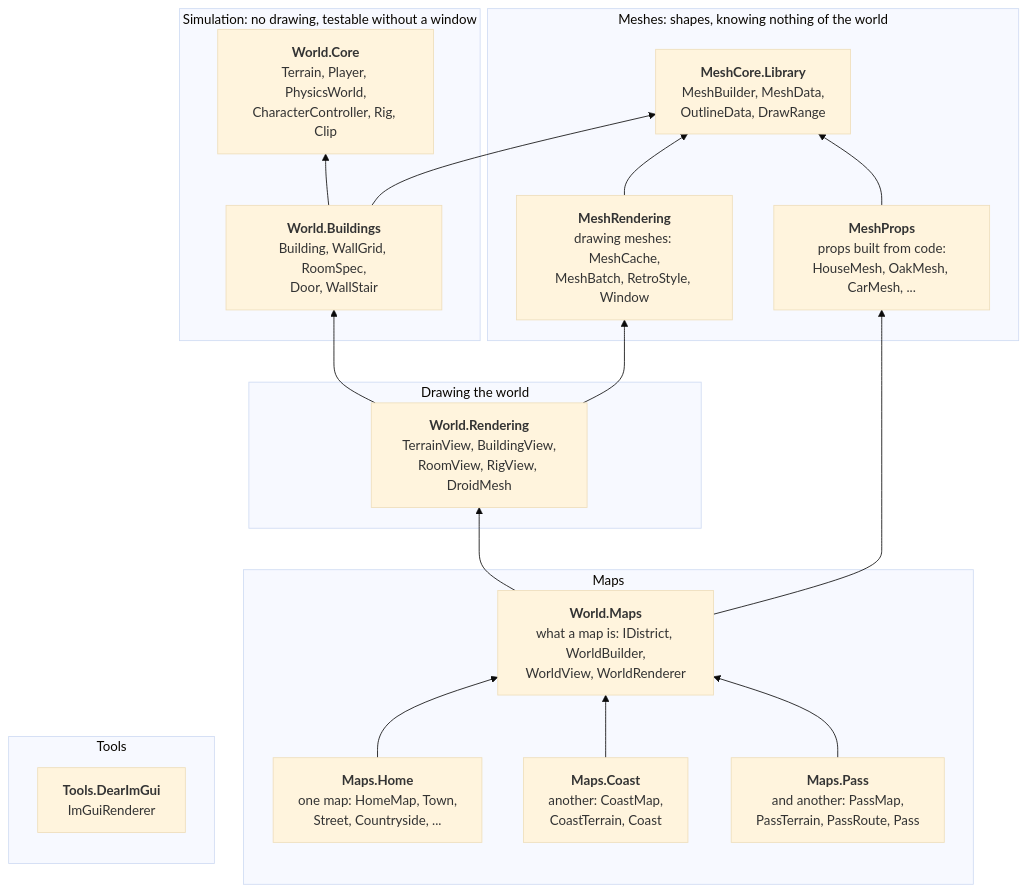
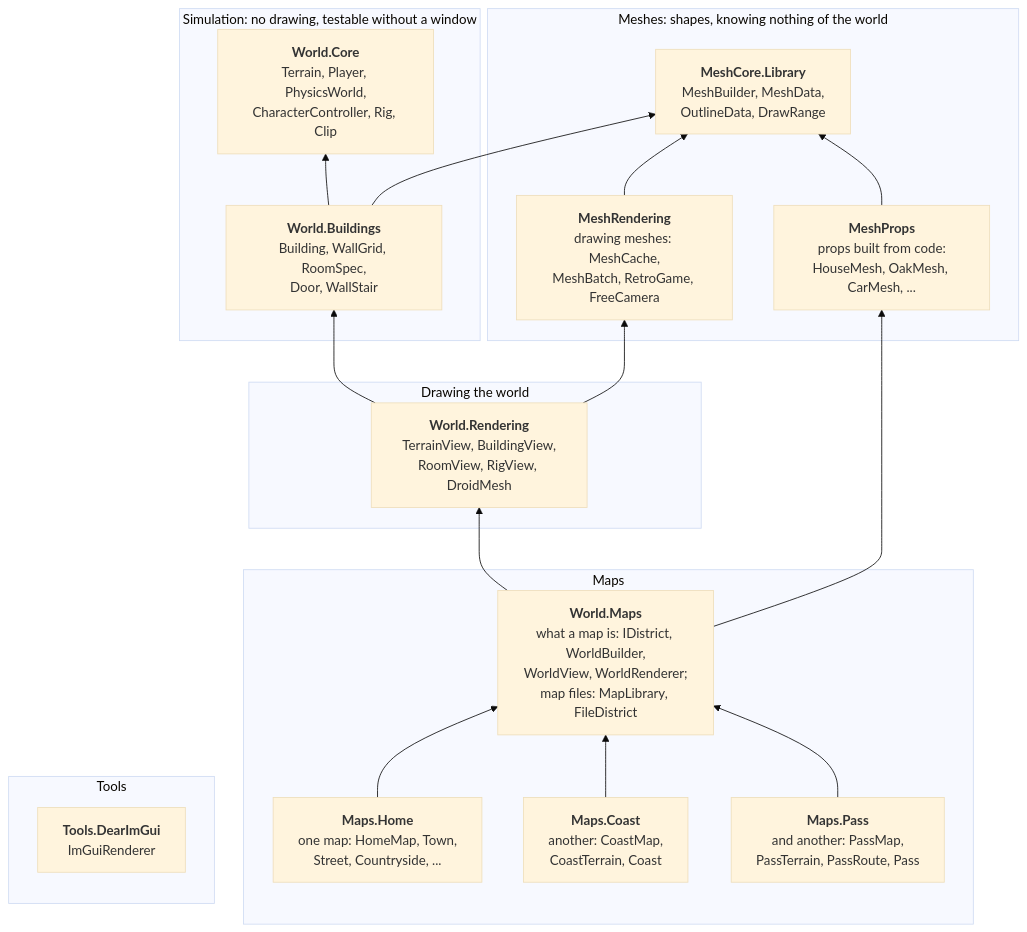
The first of 2 diagrams in Lessons/project-map.md (CalamityLorenzo/VectorViktor), drawn with Mermaid (base theme) before and after one commit. The commit also changed other lines of this file and 56 other files, not shown here.

````diff
--- a/Lessons/project-map.md
+++ b/Lessons/project-map.md
@@ -9,40 +9,40 @@
 ```mermaid
 flowchart BT
     subgraph meshes["Meshes: shapes, knowing nothing of the world"]
         MeshCore["<b>MeshCore.Library</b><br/>MeshBuilder, MeshData,<br/>OutlineData, DrawRange"]
         MeshProps["<b>MeshProps</b><br/>props built from code:<br/>HouseMesh, OakMesh, CarMesh, ..."]
-        MeshRendering["<b>MeshRendering</b><br/>drawing meshes: MeshCache,<br/>MeshBatch, RetroStyle, Window"]
+        MeshRendering["<b>MeshRendering</b><br/>drawing meshes: MeshCache,<br/>MeshBatch, RetroGame, FreeCamera"]
     end
 
     subgraph sim["Simulation: no drawing, testable without a window"]
         WorldCore["<b>World.Core</b><br/>Terrain, Player, PhysicsWorld,<br/>CharacterController, Rig, Clip"]
         Buildings["<b>World.Buildings</b><br/>Building, WallGrid, RoomSpec,<br/>Door, WallStair"]
     end
 
     subgraph draw["Drawing the world"]
         Rendering["<b>World.Rendering</b><br/>TerrainView, BuildingView,<br/>RoomView, RigView, DroidMesh"]
     end
 
     subgraph maps["Maps"]
-        WorldMaps["<b>World.Maps</b><br/>what a map is: IDistrict, WorldBuilder,<br/>WorldView, WorldRenderer"]
+        WorldMaps["<b>World.Maps</b><br/>what a map is: IDistrict, WorldBuilder,<br/>WorldView, WorldRenderer;<br/>map files: MapLibrary, FileDistrict"]
         MapsHome["<b>Maps.Home</b><br/>one map: HomeMap, Town,<br/>Street, Countryside, ..."]
         MapsCoast["<b>Maps.Coast</b><br/>another: CoastMap,<br/>CoastTerrain, Coast"]
         MapsPass["<b>Maps.Pass</b><br/>and another: PassMap,<br/>PassTerrain, PassRoute, Pass"]
     end
 
     subgraph tools["Tools"]
         DearImGui["<b>Tools.DearImGui</b><br/>ImGuiRenderer"]
     end
 
     MeshProps --> MeshCore
     MeshRendering --> MeshCore
     Buildings --> WorldCore
     Buildings --> MeshCore
     Rendering --> Buildings
     Rendering --> MeshRendering
     WorldMaps --> Rendering
     WorldMaps --> MeshProps
     MapsHome --> WorldMaps
     MapsCoast --> WorldMaps
     MapsPass --> WorldMaps
 ```
````
